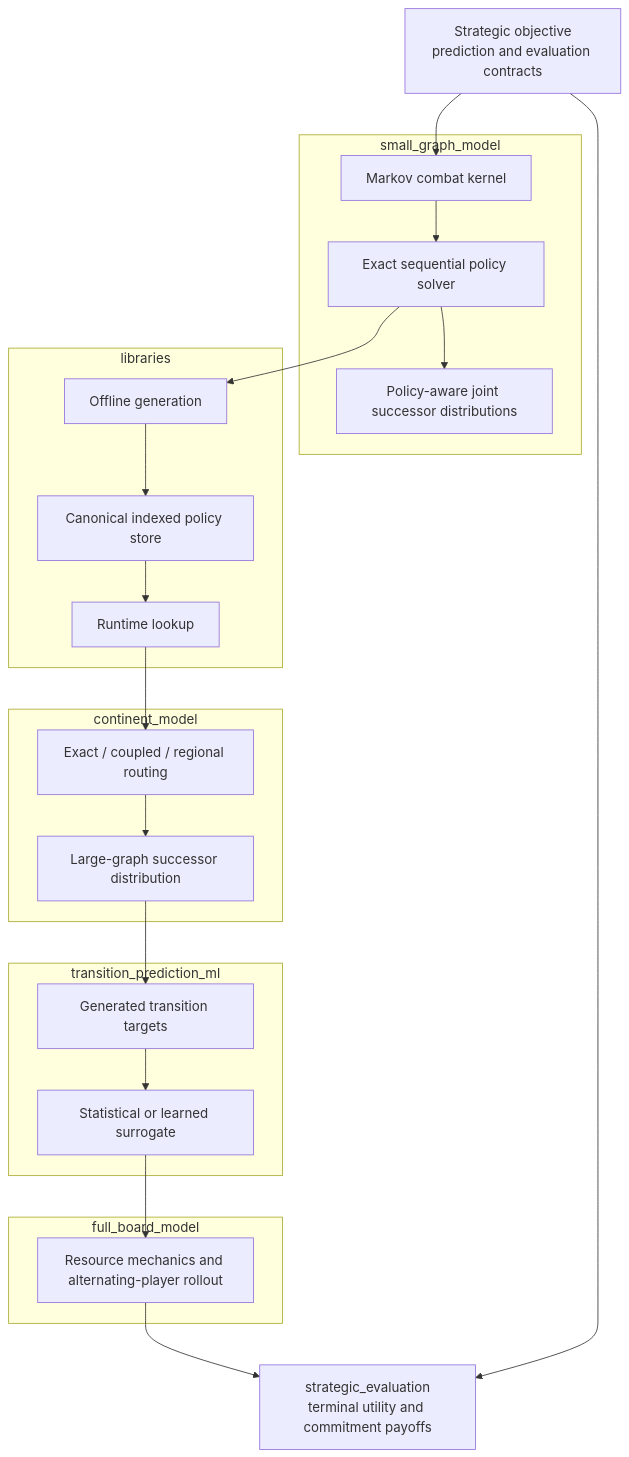
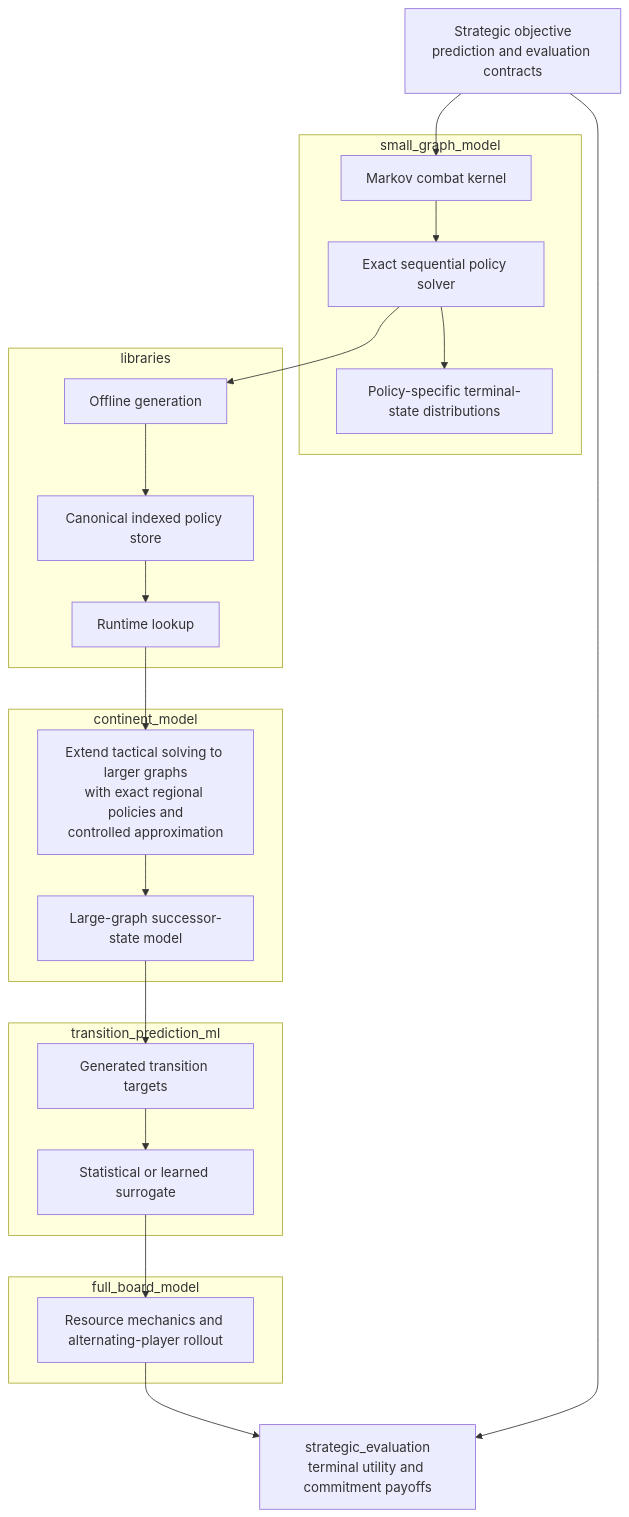
Before and after one commit to IkonRules/risk-strategy-optimization: the second of 4 diagrams in docs/architecture.md, drawn with Mermaid. The commit also changed other lines of this file and 1 other file, not shown here.

````diff
--- a/docs/architecture.md
+++ b/docs/architecture.md
@@ -92,46 +80,46 @@
 ```mermaid
 flowchart TD
     O["Strategic objective<br/>prediction and evaluation contracts"]
 
     subgraph SMALL["small_graph_model"]
         C["Markov combat kernel"]
         S["Exact sequential policy solver"]
-        P["Policy-aware joint successor distributions"]
+        P["Policy-specific terminal-state distributions"]
     end
 
     subgraph LIB["libraries"]
         G["Offline generation"]
         I["Canonical indexed policy store"]
         Q["Runtime lookup"]
     end
 
     subgraph LARGE["continent_model"]
-        R["Exact / coupled / regional routing"]
-        D["Large-graph successor distribution"]
+        R["Extend tactical solving to larger graphs<br/>with exact regional policies and<br/>controlled approximation"]
+        D["Large-graph successor-state model"]
     end
 
     subgraph ML["transition_prediction_ml"]
         T["Generated transition targets"]
         K["Statistical or learned surrogate"]
     end
 
     subgraph FULL["full_board_model"]
         F["Resource mechanics and alternating-player rollout"]
     end
 
     E["strategic_evaluation<br/>terminal utility and commitment payoffs"]
 
     O --> C
     C --> S
     S --> P
     S --> G
     G --> I
     I --> Q
     Q --> R
     R --> D
     D --> T
     T --> K
     K --> F
     F --> E
     O --> E
 ```
````
